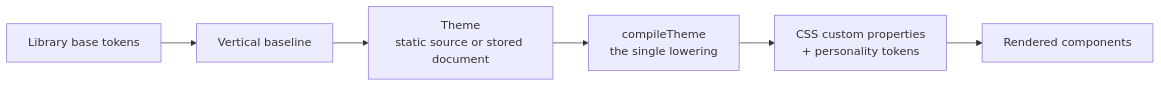
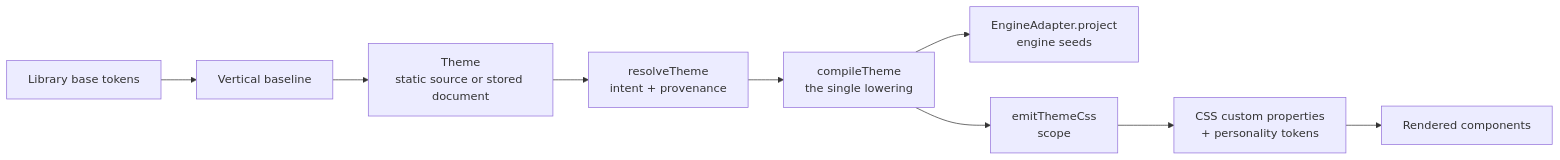
One commit to rottay/ui-design-system changed the diagram in docs/customization.md. Above: the diagram before and after it, drawn with Mermaid. The commit also changed other lines of this file and 326 other files, not shown here.

````diff
--- a/docs/customization.md
+++ b/docs/customization.md
@@ -26,8 +26,11 @@
 ```mermaid
 flowchart LR
   B["Library base tokens"] --> V["Vertical baseline"]
   V --> T["Theme<br/>static source or stored document"]
-  T --> C["compileTheme<br/>the single lowering"]
-  C --> A["CSS custom properties<br/>+ personality tokens"]
+  T --> RS["resolveTheme<br/>intent + provenance"]
+  RS --> C["compileTheme<br/>the single lowering"]
+  C --> P["EngineAdapter.project<br/>engine seeds"]
+  C --> E["emitThemeCss<br/>scope"]
+  E --> A["CSS custom properties<br/>+ personality tokens"]
   A --> R["Rendered components"]
 ```
````
